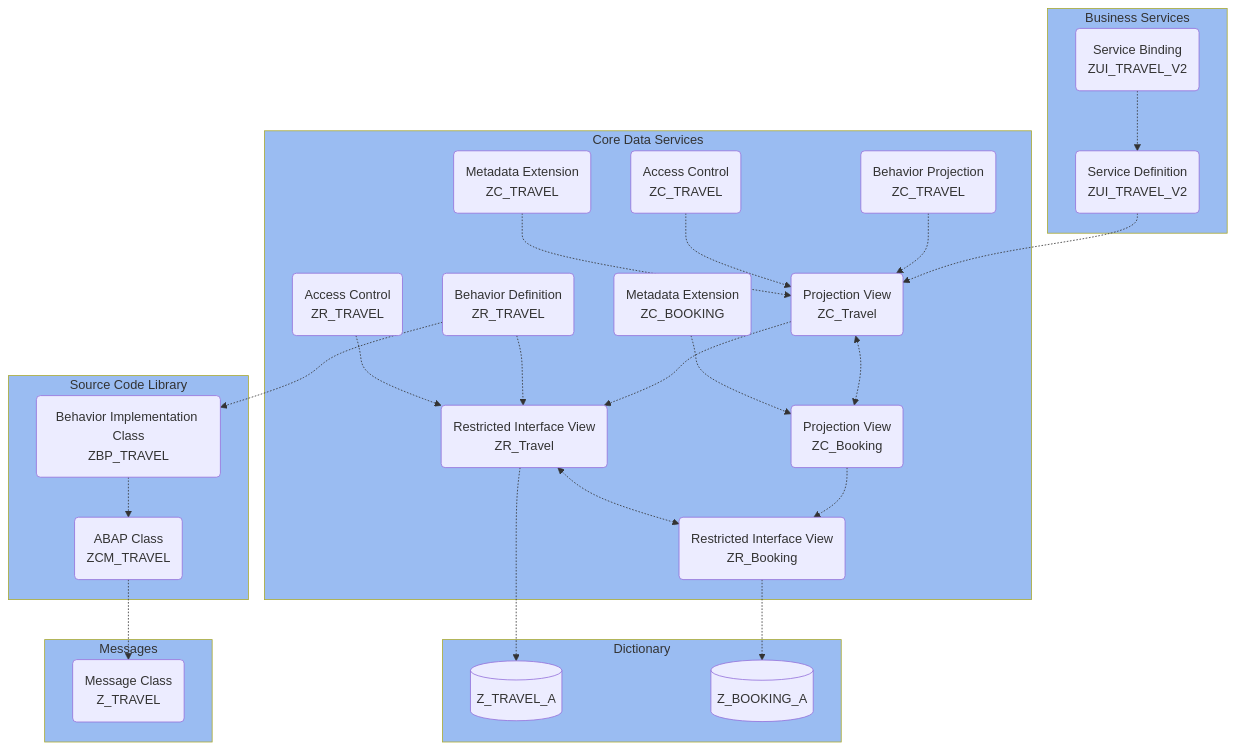
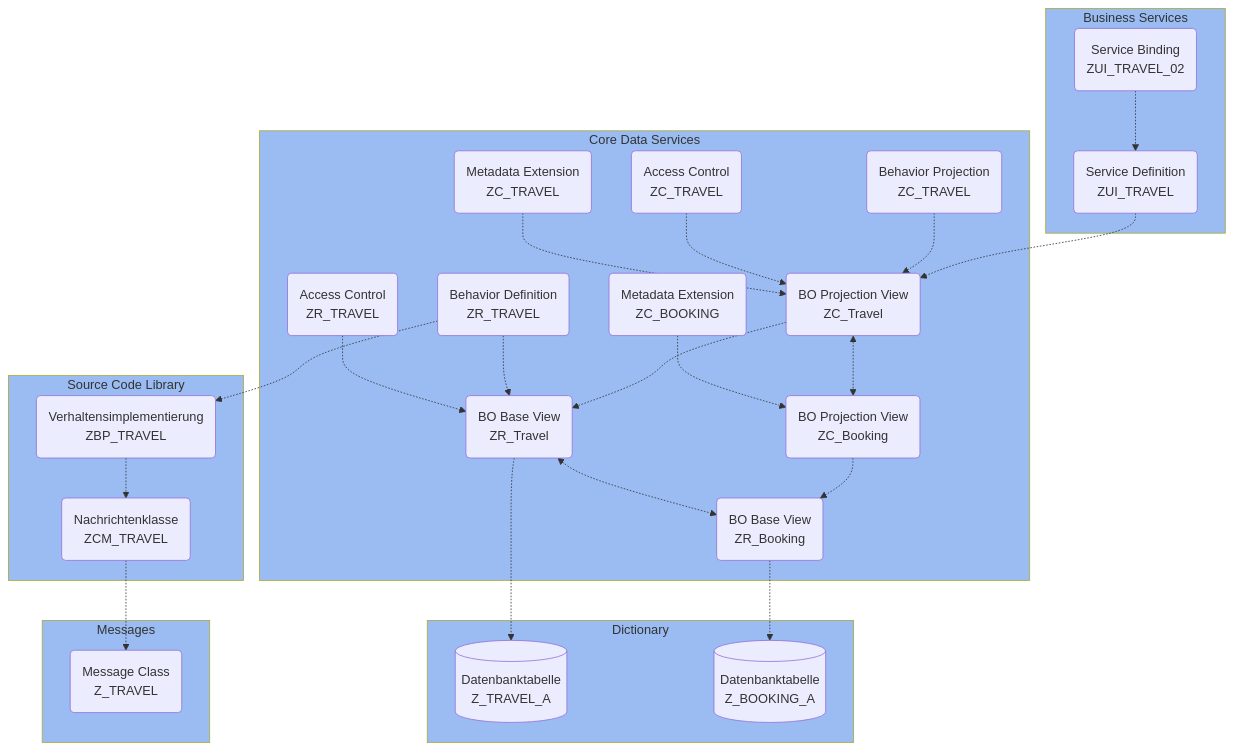
The diagram in docs/rap-cookbook/introduction.md (appenmaier/s4hana), drawn with Mermaid before and after one commit. The commit also changed 17 other files, not shown here.

````diff
--- a/docs/rap-cookbook/introduction.md
+++ b/docs/rap-cookbook/introduction.md
@@ -9,62 +9,62 @@
 ```mermaid
 flowchart
     zuitravelv2 -.-> zuitravel
     zuitravel -.-> zctravel
     zctravel <-.-> zcbooking
     zctravel -.-> zrtravel
     zcbooking -.-> zrbooking
     zrtravel <-.-> zrbooking
     zrtravel -.-> ztravela
     zrbooking -.-> zbookinga
     zrtravelBD -.-> zrtravel
     zctravelBP -.-> zctravel
     zrtravelAC -.-> zrtravel
     zctravelAC -.-> zctravel
     zctravelME -.-> zctravel
     zcbookingME -.-> zcbooking
     zrtravelBD -.-> zbptravel
     zbptravel -.-> zcmtravel
     zcmtravel -.-> ztravel
 
     subgraph Dictionary
-        ztravela[(Z_TRAVEL_A)]
-        zbookinga[(Z_BOOKING_A)]
+        ztravela[(Datenbanktabelle\nZ_TRAVEL_A)]
+        zbookinga[(Datenbanktabelle\nZ_BOOKING_A)]
     end
 
     subgraph Messages
         ztravel(Message Class\nZ_TRAVEL)
     end
 
     subgraph Core&#160Data&#160Services
-        zrtravel(Restricted Interface View\nZR_Travel)
-        zrbooking(Restricted Interface View\nZR_Booking)
+        zrtravel(BO Base View\nZR_Travel)
+        zrbooking(BO Base View\nZR_Booking)
 
-        zctravel(Projection View\nZC_Travel)
-        zcbooking(Projection View\nZC_Booking)
+        zctravel(BO Projection View\nZC_Travel)
+        zcbooking(BO Projection View\nZC_Booking)
 
         zrtravelBD(Behavior Definition\nZR_TRAVEL)
         zctravelBP(Behavior Projection\nZC_TRAVEL)
 
         zrtravelAC(Access Control\nZR_TRAVEL)
         zctravelAC(Access Control\nZC_TRAVEL)
 
         zctravelME(Metadata Extension\nZC_TRAVEL)
         zcbookingME(Metadata Extension\nZC_BOOKING)
     end
 
     subgraph Business&#160Services
-        zuitravel(Service Definition\nZUI_TRAVEL_V2)
-        zuitravelv2(Service Binding\nZUI_TRAVEL_V2)
+        zuitravel(Service Definition\nZUI_TRAVEL)
+        zuitravelv2(Service Binding\nZUI_TRAVEL_02)
     end
 
     subgraph Source&#160Code&#160Library
-        zbptravel(Behavior Implementation Class\nZBP_TRAVEL)
-        zcmtravel(ABAP Class\nZCM_TRAVEL)
+        zbptravel(Verhaltensimplementierung\nZBP_TRAVEL)
+        zcmtravel(Nachrichtenklasse\nZCM_TRAVEL)
     end
 
     style Business&#160Services fill:#9abcf2
     style Source&#160Code&#160Library fill:#9abcf2
     style Core&#160Data&#160Services fill:#9abcf2
     style Dictionary fill:#9abcf2
     style Messages fill:#9abcf2
 ```
````
